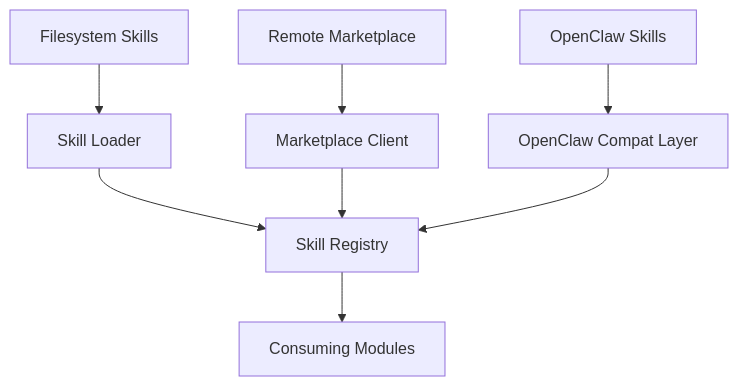
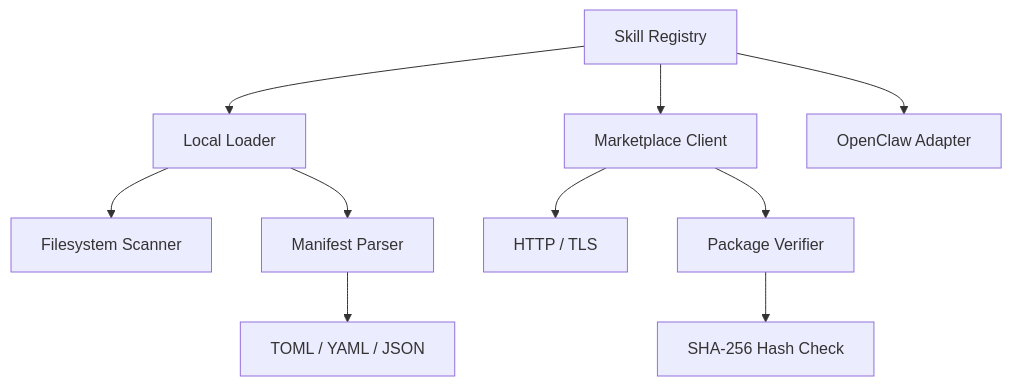
Before and after one commit to leszek3737/librefang-WIki: the diagram in other-librefang-skills.md, drawn with Mermaid. The commit also changed other lines of this file and 125 other files, not shown here.

````diff
--- a/other-librefang-skills.md
+++ b/other-librefang-skills.md
@@ -9,10 +19,12 @@
 ```mermaid
 graph TD
-    FS[Filesystem Skills] --> Loader[Skill Loader]
-    MP[Remote Marketplace] --> Marketplace[Marketplace Client]
-    OC[OpenClaw Skills] --> Compat[OpenClaw Compat Layer]
-    Loader --> Registry[Skill Registry]
-    Marketplace --> Registry
-    Compat --> Registry
-    Registry --> Consumers[Consuming Modules]
+    A[Skill Registry] --> B[Local Loader]
+    A --> C[Marketplace Client]
+    B --> D[Filesystem Scanner]
+    B --> E[Manifest Parser]
+    C --> F[HTTP / TLS]
+    C --> G[Package Verifier]
+    E --> H[TOML / YAML / JSON]
+    G --> I[SHA-256 Hash Check]
+    A --> J[OpenClaw Adapter]
 ```
````
